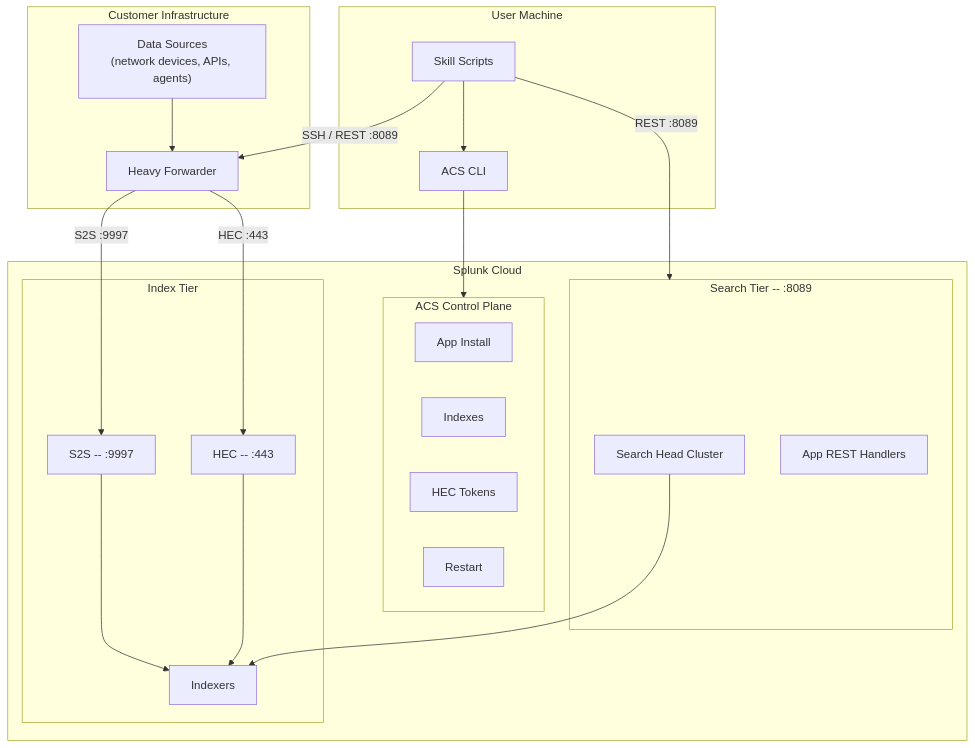
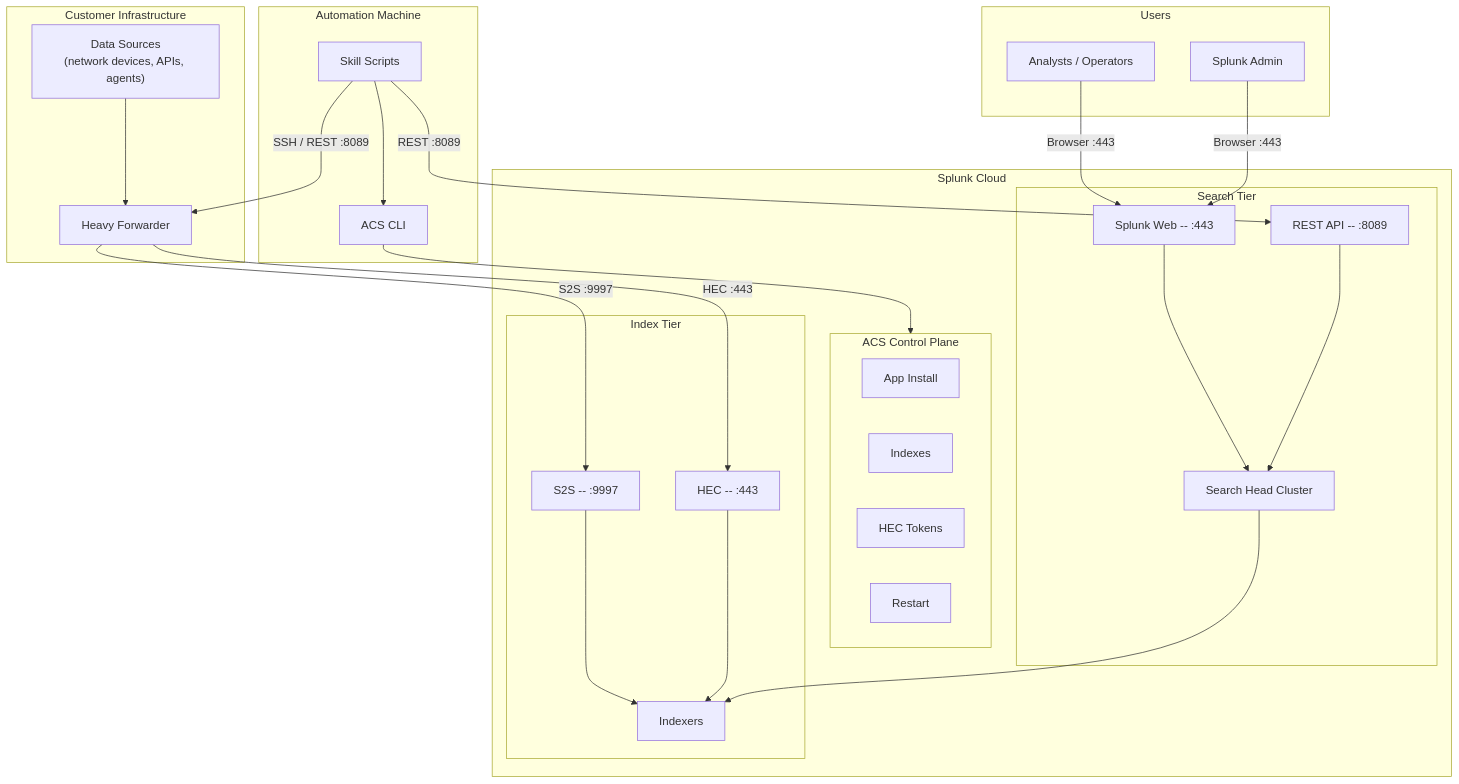
One commit to chambear2809/splunk-cisco-skills changed the third of 7 diagrams in ARCHITECTURE.md. Above: the diagram before and after it, drawn with Mermaid. The commit also changed other lines of this file, not shown here.

First line of the commit message:
Add users and Splunk Web to architecture diagrams

````diff
--- a/ARCHITECTURE.md
+++ b/ARCHITECTURE.md
@@ -104,44 +119,54 @@
 ```mermaid
 flowchart TB
-  subgraph userMachine [User Machine]
+  subgraph users [Users]
+    SplunkUser["Analysts / Operators"]
+    Admin["Splunk Admin"]
+  end
+
+  subgraph userMachine [Automation Machine]
     Scripts[Skill Scripts]
     ACSCLI[ACS CLI]
   end
 
   subgraph splunkCloud [Splunk Cloud]
     subgraph acsLayer [ACS Control Plane]
       ACSApps[App Install]
       ACSIndexes[Indexes]
       ACSHEC[HEC Tokens]
       ACSRestart[Restart]
     end
 
-    subgraph searchTier ["Search Tier -- :8089"]
+    subgraph searchTier [Search Tier]
+      SplunkWeb["Splunk Web -- :443"]
+      RESTAPI["REST API -- :8089"]
       SHCluster[Search Head Cluster]
-      AppREST["App REST Handlers"]
     end
 
     subgraph indexTier [Index Tier]
       HECEndpoint["HEC -- :443"]
       S2SEndpoint["S2S -- :9997"]
       Indexers[Indexers]
     end
   end
 
   subgraph customerInfra [Customer Infrastructure]
     HF["Heavy Forwarder"]
     DataSources["Data Sources\n(network devices, APIs, agents)"]
   end
 
+  SplunkUser -->|"Browser :443"| SplunkWeb
+  Admin -->|"Browser :443"| SplunkWeb
   Scripts --> ACSCLI
   ACSCLI --> acsLayer
-  Scripts -->|"REST :8089"| searchTier
+  Scripts -->|"REST :8089"| RESTAPI
   Scripts -->|"SSH / REST :8089"| HF
 
+  SplunkWeb --> SHCluster
+  RESTAPI --> SHCluster
   DataSources --> HF
   HF -->|"S2S :9997"| S2SEndpoint
   HF -->|"HEC :443"| HECEndpoint
   S2SEndpoint --> Indexers
   HECEndpoint --> Indexers
   SHCluster --> Indexers
 ```
````
